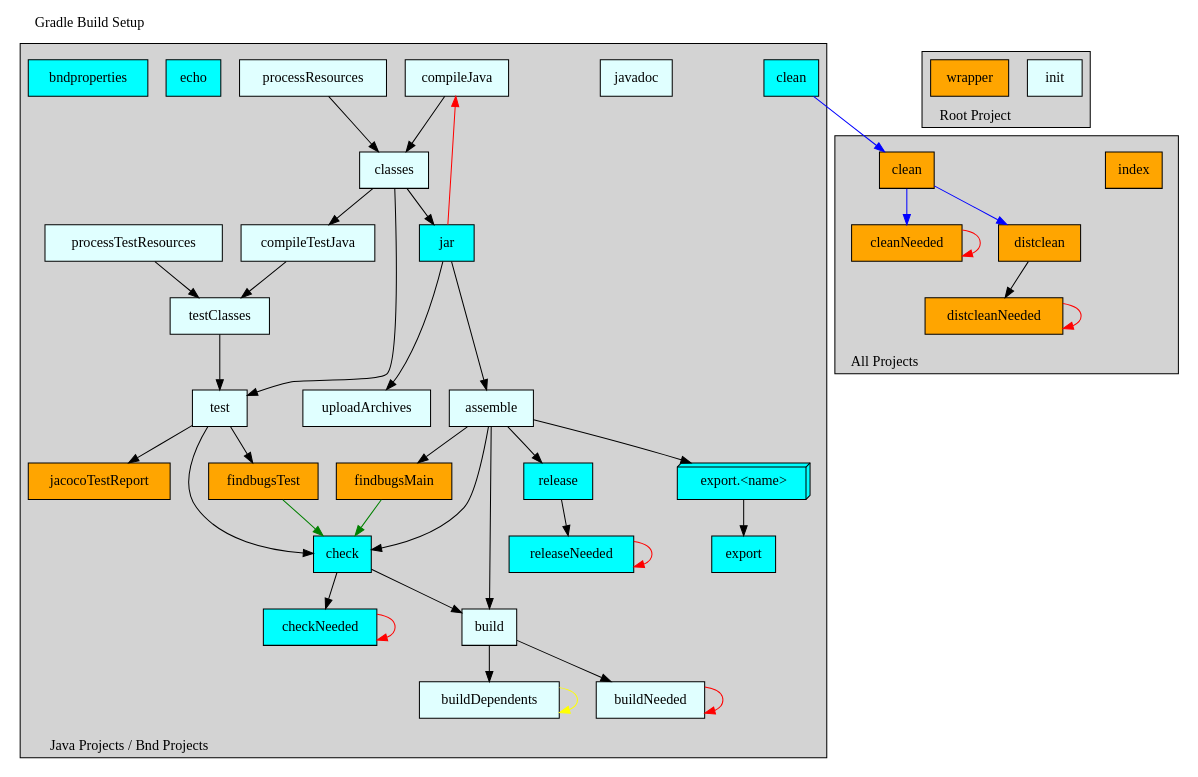
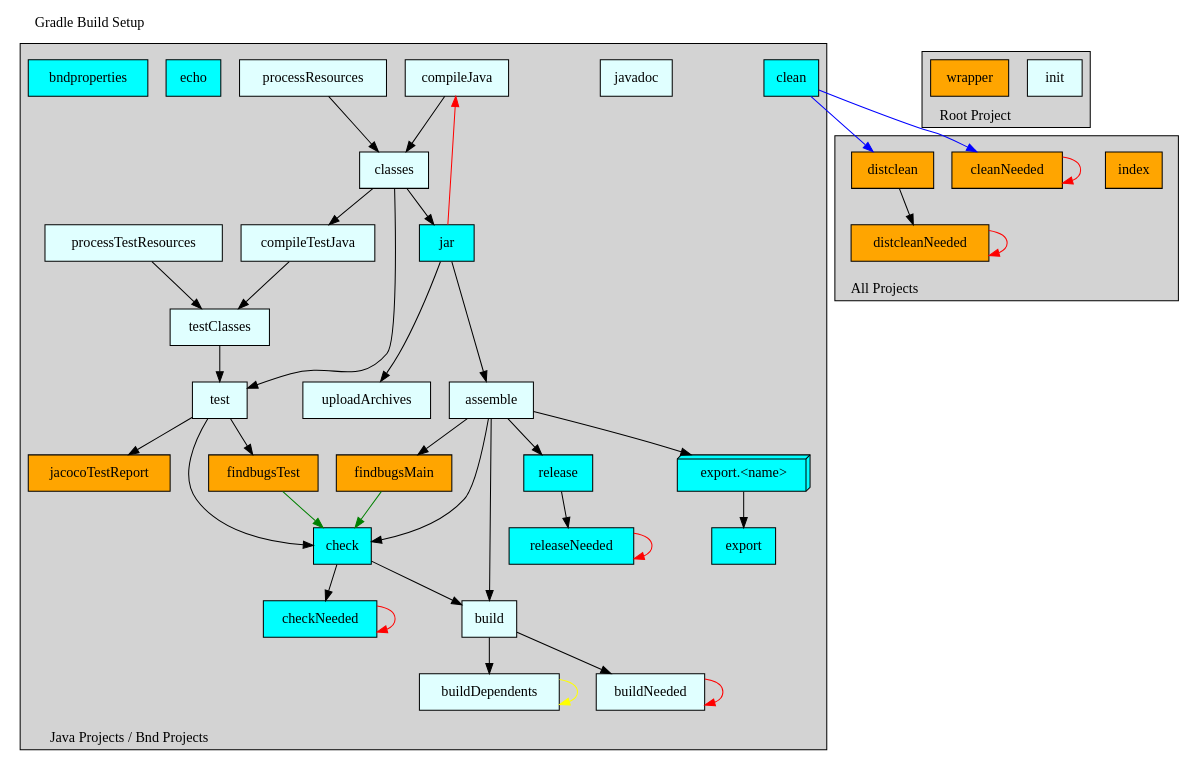
The diagram in nl.pelagic.bndtools.headless.build.plugin.gradle/resources/templates/unprocessed/cnf/gradle/doc/template.dot (paulvi/bndtoolsPlugins), drawn with Graphviz before and after one commit. The commit also changed 5 other files, not shown here.

```diff
--- a/nl.pelagic.bndtools.headless.build.plugin.gradle/resources/templates/unprocessed/cnf/gradle/doc/template.dot
+++ b/nl.pelagic.bndtools.headless.build.plugin.gradle/resources/templates/unprocessed/cnf/gradle/doc/template.dot
@@ -1,185 +1,183 @@
 /*
  * WARNING
  *
  * This file is maintained automatically by Bndtools.
  * You should not edit it.
  *
  * See the BUILDING-GRADLE.md document in the root project for more details.
  *
  * To create an SVG diagram from this file, install graphviz and run:
  *   dot -Tsvg "$1.dot" -o "$1.svg"   (on a Linux   machine)
  *   dot -Tsvg "%1.dot" -o "%1.svg"   (on a Windows machine)
  */
 
 
 digraph GradleSetup {
   label="Gradle Build Setup"
   labelloc=t
   labeljust=l
 
   subgraph cluster1 {
     label="Java Projects / Bnd Projects";
     labelloc=b
     labeljust=l
     style=filled;
     fillcolor=lightgrey;
     color=black;
 
     subgraph cluster101 {
       label="";
       style=invis;
       compileJava          [shape=box, style=filled, fillcolor=lightcyan, label="compileJava"         ]
       processResources     [shape=box, style=filled, fillcolor=lightcyan, label="processResources"    ]
       classes              [shape=box, style=filled, fillcolor=lightcyan, label="classes"             ]
     }
 
     subgraph cluster102 {
       label="";
       style=invis;
       jar                  [shape=box, style=filled, fillcolor=cyan     , label="jar"                 ]
     }
 
     subgraph cluster103 {
       label="";
       style=invis;
       compileTestJava      [shape=box, style=filled, fillcolor=lightcyan, label="compileTestJava"     ]
       processTestResources [shape=box, style=filled, fillcolor=lightcyan, label="processTestResources"]
       testClasses          [shape=box, style=filled, fillcolor=lightcyan, label="testClasses"         ]
     }
 
     subgraph cluster104 {
       label="";
       style=invis;
       test                 [shape=box, style=filled, fillcolor=lightcyan, label="test"                ]
     }
 
     subgraph cluster105 {
       label="";
       style=invis;
       uploadArchives       [shape=box, style=filled, fillcolor=lightcyan, label="uploadArchives"      ]
       assemble             [shape=box, style=filled, fillcolor=lightcyan, label="assemble"            ]
     }
 
     subgraph cluster106 {
       label="";
       style=invis;
       check                [shape=box, style=filled, fillcolor=cyan     , label="check"               ]
       checkNeeded          [shape=box, style=filled, fillcolor=cyan     , label="checkNeeded"         ]
     }
 
     subgraph cluster107 {
       label="";
       style=invis;
       release              [shape=box, style=filled, fillcolor=cyan     , label="release"             ]
       releaseNeeded        [shape=box, style=filled, fillcolor=cyan     , label="releaseNeeded"       ]
     }
 
     subgraph cluster108 {
       label="";
       style=invis;
       exportX              [shape=box3d, style=filled, fillcolor=cyan   , label="export.<name>"       ]
       export               [shape=box  , style=filled, fillcolor=cyan   , label="export"              ]
     }
 
     subgraph cluster109 {
       label="";
       style=invis;
       build                [shape=box, style=filled, fillcolor=lightcyan, label="build"               ]
       buildDependents      [shape=box, style=filled, fillcolor=lightcyan, label="buildDependents"     ]
       buildNeeded          [shape=box, style=filled, fillcolor=lightcyan, label="buildNeeded"         ]
     }
 
     subgraph cluster110 {
       label="";
       style=invis;
       findbugsMain         [shape=box, style=filled, fillcolor=orange   , label="findbugsMain"        ]
       findbugsTest         [shape=box, style=filled, fillcolor=orange   , label="findbugsTest"        ]
     }
 
     javadoc                [shape=box, style=filled, fillcolor=lightcyan, label="javadoc"             ]
 
     clean                  [shape=box, style=filled, fillcolor=cyan     , label="clean"               ]
     echo                   [shape=box, style=filled, fillcolor=cyan     , label="echo"                ]
     bndproperties          [shape=box, style=filled, fillcolor=cyan     , label="bndproperties"       ]
     jacocoTestReport       [shape=box, style=filled, fillcolor=orange   , label="jacocoTestReport"    ]
 
     compileJava            -> classes
     processResources       -> classes
     classes                -> compileTestJava
     classes                -> jar
     classes                -> test
     compileTestJava        -> testClasses
     processTestResources   -> testClasses
     jar                    -> uploadArchives
     jar                    -> assemble
     testClasses            -> test
     assemble               -> build
     assemble               -> check
     test                   -> check
     check                  -> checkNeeded
     checkNeeded            -> checkNeeded        [color=red   ]
     check                  -> build
     build                  -> buildDependents
     buildDependents        -> buildDependents    [color=yellow]
     build                  -> buildNeeded
     buildNeeded            -> buildNeeded        [color=red   ]
 
     jar                    -> compileJava        [color=red   ]
     assemble               -> release
     assemble               -> exportX
     exportX                -> export
     release                -> releaseNeeded
     releaseNeeded          -> releaseNeeded      [color=red   ]
 
     assemble               -> findbugsMain
     test                   -> findbugsTest
     findbugsMain           -> check              [color=green ]
     findbugsTest           -> check              [color=green ]
     test                   -> jacocoTestReport
   }
 
 
   subgraph cluster2 {
     label="Root Project";
     labelloc=b
     labeljust=l
     style=filled;
     fillcolor=lightgrey;
     color=black;
 
     init                   [shape=box, style=filled, fillcolor=lightcyan, label="init"                ]
     wrapper                [shape=box, style=filled, fillcolor=orange   , label="wrapper"             ]
   }
 
 
   subgraph cluster3 {
     label="All Projects";
     labelloc=b
     labeljust=l
     style=filled;
     fillcolor=lightgrey;
     color=black;
 
     subgraph cluster301 {
       label="";
       style=invis;
       index                [shape=box, style=filled, fillcolor=orange   , label="index"               ]
     }
 
     subgraph cluster302 {
       label="";
       style=invis;
-      cleanAll             [shape=box, style=filled, fillcolor=orange   , label="clean"               ]
-      cleanAllNeeded       [shape=box, style=filled, fillcolor=orange   , label="cleanNeeded"         ]
+      cleanNeeded          [shape=box, style=filled, fillcolor=orange   , label="cleanNeeded"         ]
       distclean            [shape=box, style=filled, fillcolor=orange   , label="distclean"           ]
       distcleanNeeded      [shape=box, style=filled, fillcolor=orange   , label="distcleanNeeded"     ]
     }
 
-    clean                  -> cleanAll           [color=blue  ]
-    cleanAll               -> cleanAllNeeded     [color=blue  ]
-    cleanAllNeeded         -> cleanAllNeeded     [color=red   ]
-    cleanAll               -> distclean          [color=blue  ]
+    clean                  -> cleanNeeded        [color=blue  ]
+    cleanNeeded            -> cleanNeeded        [color=red   ]
+    clean                  -> distclean          [color=blue  ]
     distclean              -> distcleanNeeded
     distcleanNeeded        -> distcleanNeeded    [color=red   ]
   }
 }
```
